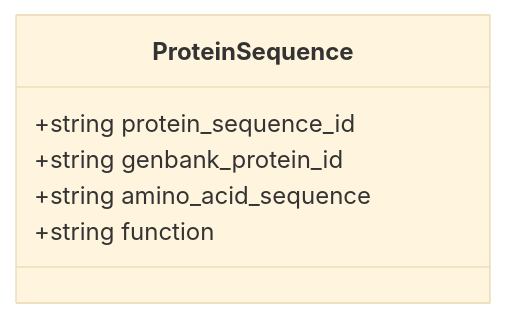
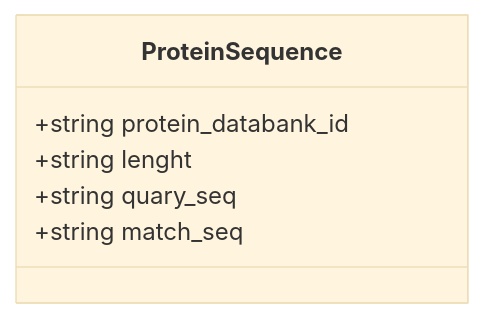
One commit to maxim945/Database-present changed the diagram in PyEEDexample1/schemes/PyEED Data Model.md. Above: the diagram before and after it, drawn with Mermaid (base theme). The commit also changed 3 other files, not shown here.

````diff
--- a/PyEEDexample1/schemes/PyEED Data Model.md
+++ b/PyEEDexample1/schemes/PyEED Data Model.md
@@ -1,11 +1,11 @@
 ```mermaid
 classDiagram
     
     class ProteinSequence {
-        +string protein_sequence_id
-        +string genbank_protein_id
-        +string amino_acid_sequence
-        +string function
+        +string protein_databank_id
+        +string lenght
+        +string quary_seq
+        +string match_seq
     }
     
 ```
````
